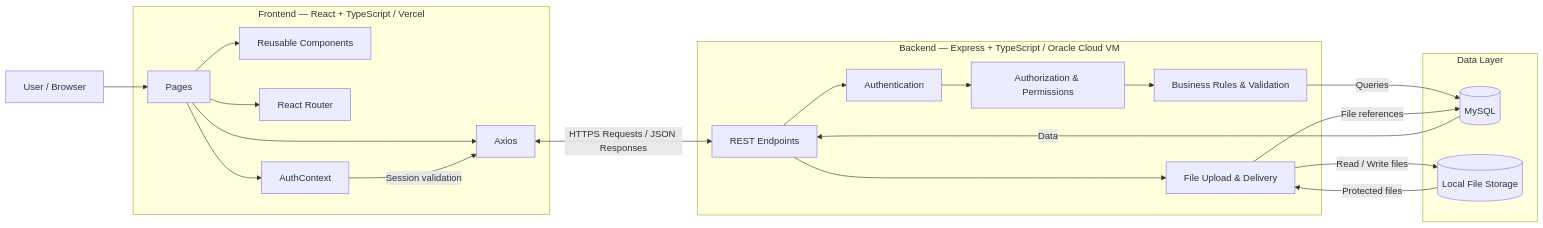
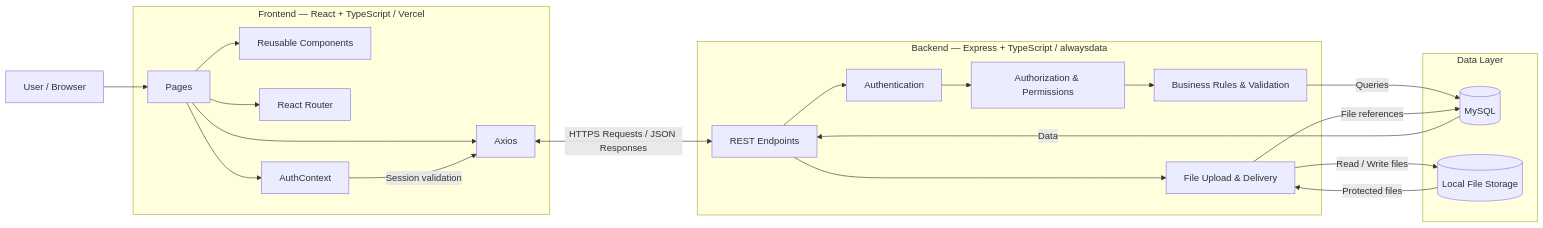
The diagram in docs/ARCHITECTURE.md (omrsag/Tasky), drawn with Mermaid before and after one commit. The commit also changed other lines of this file and 2 other files, not shown here.

Commit message:
docs(deployment): migrate hosting plan from Oracle Cloud to alwaysdata

````diff
--- a/docs/ARCHITECTURE.md
+++ b/docs/ARCHITECTURE.md
@@ -13,48 +15,48 @@
 ```mermaid
 flowchart LR
     User[User / Browser]
 
     subgraph Frontend["Frontend — React + TypeScript / Vercel"]
         Pages[Pages]
         Components[Reusable Components]
         Router[React Router]
         Auth[AuthContext]
         Axios[Axios]
     end
 
-    subgraph Backend["Backend — Express + TypeScript / Oracle Cloud VM"]
+    subgraph Backend["Backend — Express + TypeScript / alwaysdata"]
         API[REST Endpoints]
         AuthMW[Authentication]
         Permissions[Authorization & Permissions]
         Rules[Business Rules & Validation]
         Uploads[File Upload & Delivery]
     end
 
     subgraph Data["Data Layer"]
         MySQL[(MySQL)]
         Storage[(Local File Storage)]
     end
 
     User --> Pages
 
     Pages --> Components
     Pages --> Router
     Pages --> Auth
     Pages --> Axios
 
     Auth -->|Session validation| Axios
     Axios <-->|HTTPS Requests / JSON Responses| API
 
     API --> AuthMW
     AuthMW --> Permissions
     Permissions --> Rules
 
     Rules -->|Queries| MySQL
     Uploads -->|File references| MySQL
     Uploads -->|Read / Write files| Storage
 
     API --> Uploads
 
     MySQL -->|Data| API
     Storage -->|Protected files| Uploads
 ```
````
